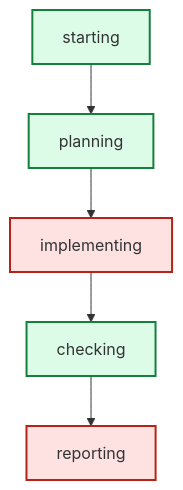
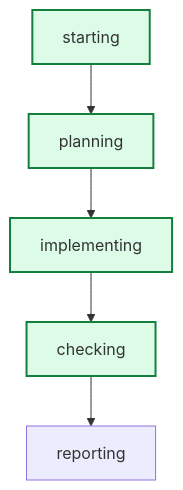
The diagram in latest/graph.mmd (daniell0gda/hermes-feature-check-dashboard), drawn with Mermaid before and after one commit. The commit also changed 32 other files, not shown here.

```diff
--- a/latest/graph.mmd
+++ b/latest/graph.mmd
@@ -1,14 +1,13 @@
 graph TD
     starting --> planning
     planning --> implementing
     implementing --> checking
     checking --> reporting
 
 classDef done fill:#dcfce7,stroke:#15803d,stroke-width:2px;
 classDef active fill:#dbeafe,stroke:#2563eb,stroke-width:3px;
 classDef failed fill:#fee2e2,stroke:#b42318,stroke-width:2px;
-class implementing failed;
+class checking done;
+class implementing done;
 class starting done;
-class reporting failed;
 class planning done;
-class checking done;
```
